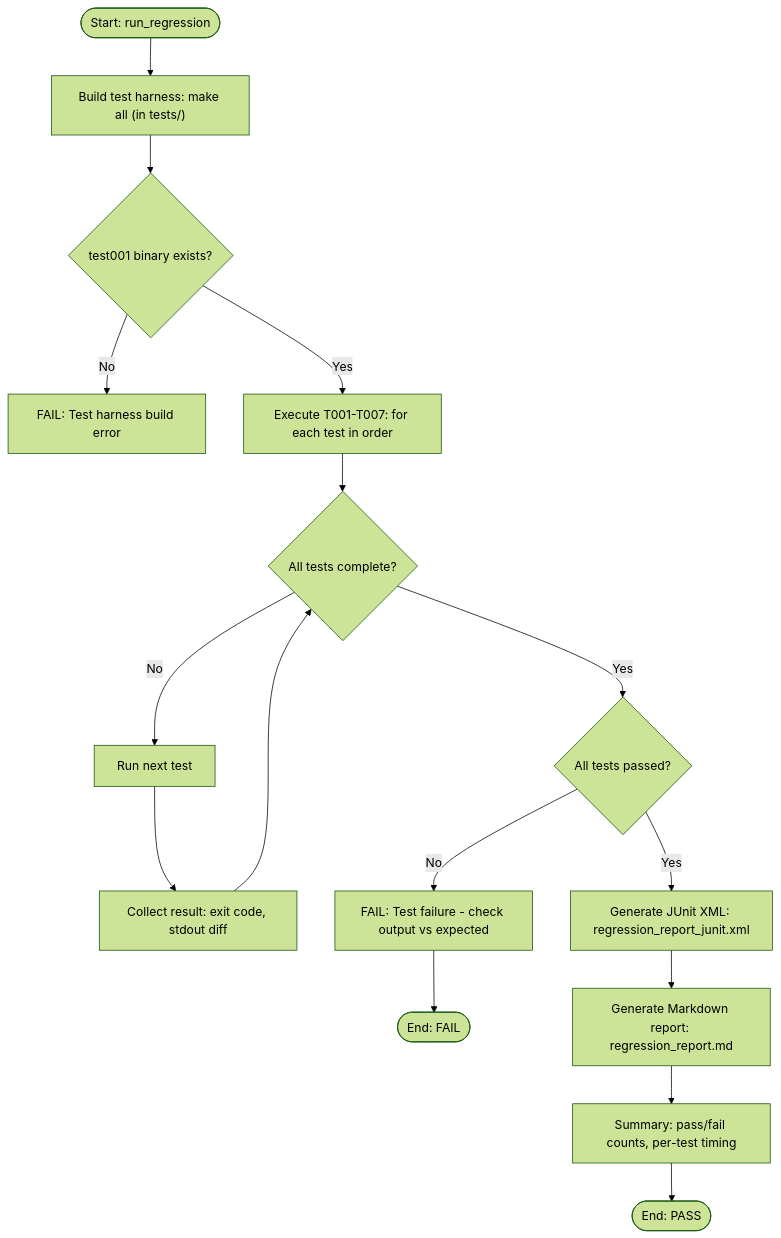
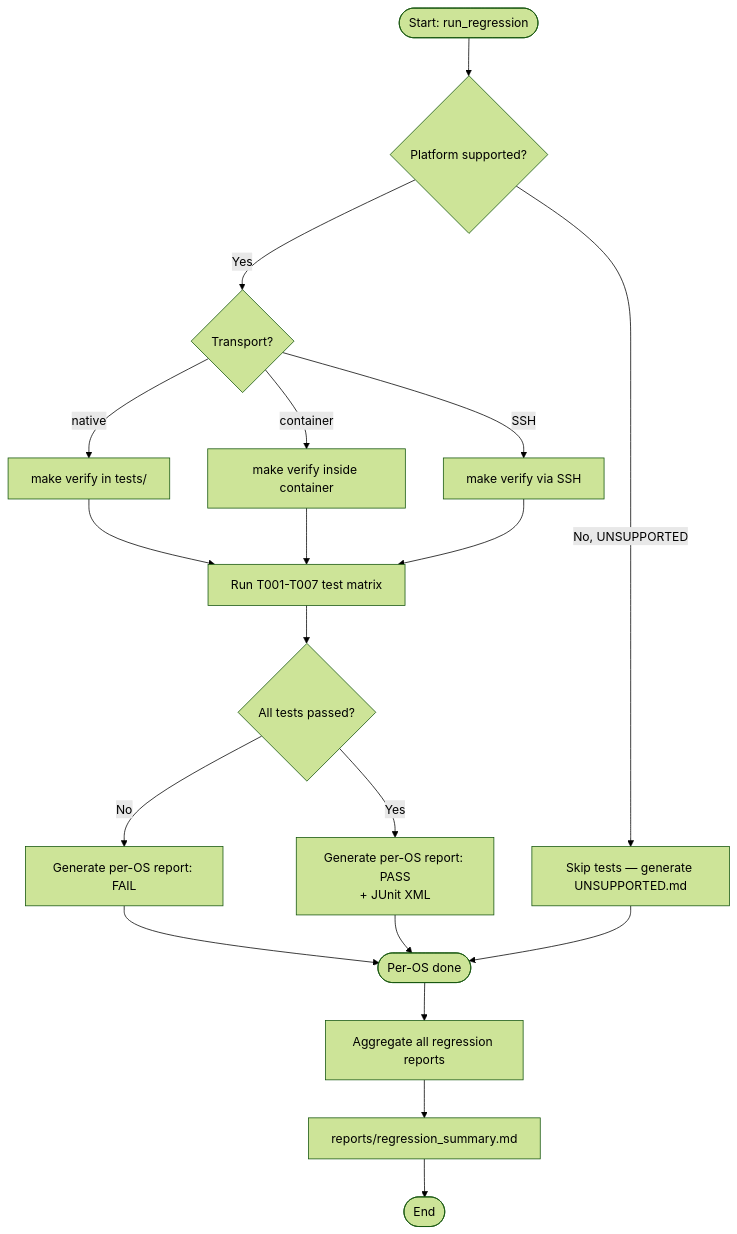
The third of 4 diagrams in ringbuffer/README.md (ebruno/codesamples), drawn with Mermaid (forest theme) before and after one commit. The commit also changed other lines of this file and 14 other files, not shown here.

````diff
--- a/ringbuffer/README.md
+++ b/ringbuffer/README.md
@@ -853,24 +854,28 @@
 ```mermaid
 flowchart TD
-    Start([Start: run_regression]) --> BuildTest["Build test harness: make all (in tests/)"]
-    BuildTest --> HarnessOK{test001 binary exists?}
+    Start([Start: run_regression]) --> Check{Platform supported?}
 
-    HarnessOK -->|No| FailHarness[FAIL: Test harness build error]
-    HarnessOK -->|Yes| RunTests[Execute T001-T007: for each test in order]
+    Check -->|No, UNSUPPORTED| UnsupSkip[Skip tests — generate UNSUPPORTED.md]
+    Check -->|Yes| Transport{Transport?}
 
-    RunTests --> TLoop{All tests complete?}
-    TLoop -->|No| NextTest[Run next test]
-    NextTest --> CollectResult[Collect result: exit code, stdout diff]
-    CollectResult --> TLoop
+    Transport -->|native| MakeVerify[make verify in tests/]
+    Transport -->|container| CtrVerify[make verify inside container]
+    Transport -->|SSH| SshVerify[make verify via SSH]
 
-    TLoop -->|Yes| Results{All tests passed?}
+    MakeVerify --> TestMatrix[Run T001-T007 test matrix]
+    CtrVerify --> TestMatrix
+    SshVerify --> TestMatrix
 
-    Results -->|No| FailTests[FAIL: Test failure - check output vs expected]
-    Results -->|Yes| JUnit[Generate JUnit XML: regression_report_junit.xml]
+    TestMatrix --> Results{All tests passed?}
 
-    FailTests --> EndFail([End: FAIL])
-    JUnit --> Markdown[Generate Markdown report: regression_report.md]
-    Markdown --> Summary[Summary: pass/fail counts, per-test timing]
-    Summary --> EndOK([End: PASS])
+    Results -->|No| FailReport[Generate per-OS report: FAIL]
+    Results -->|Yes| PassReport[Generate per-OS report: PASS<br>+ JUnit XML]
 
+    FailReport --> PerOsEnd([Per-OS done])
+    PassReport --> PerOsEnd
+    UnsupSkip --> PerOsEnd
+
+    PerOsEnd --> Aggregate[Aggregate all regression reports]
+    Aggregate --> Summary[reports/regression_summary.md]
+    Summary --> EndOK([End])
 ```
````
